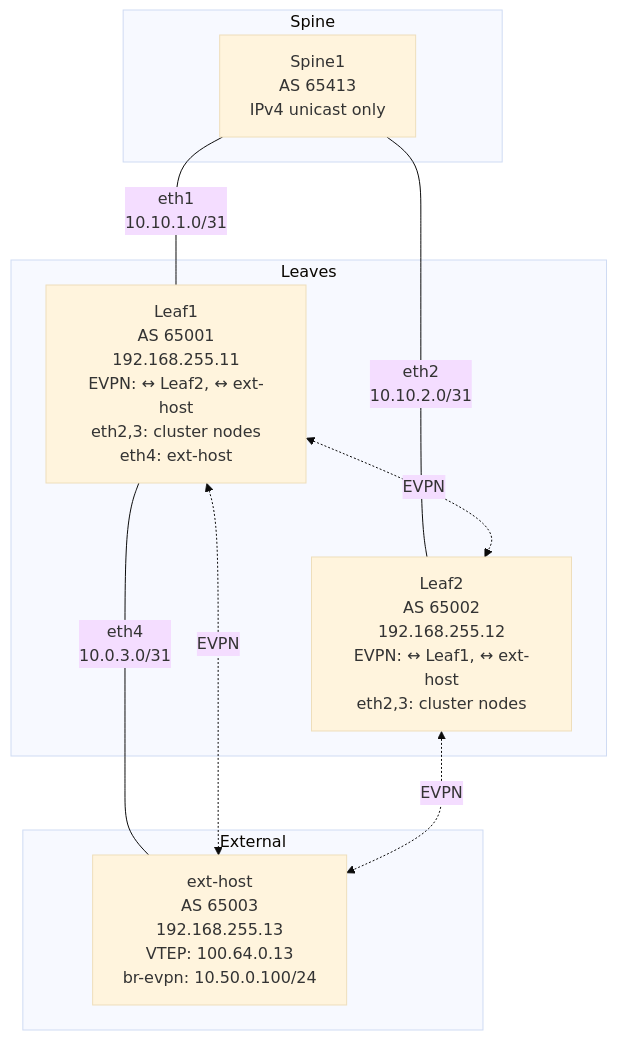
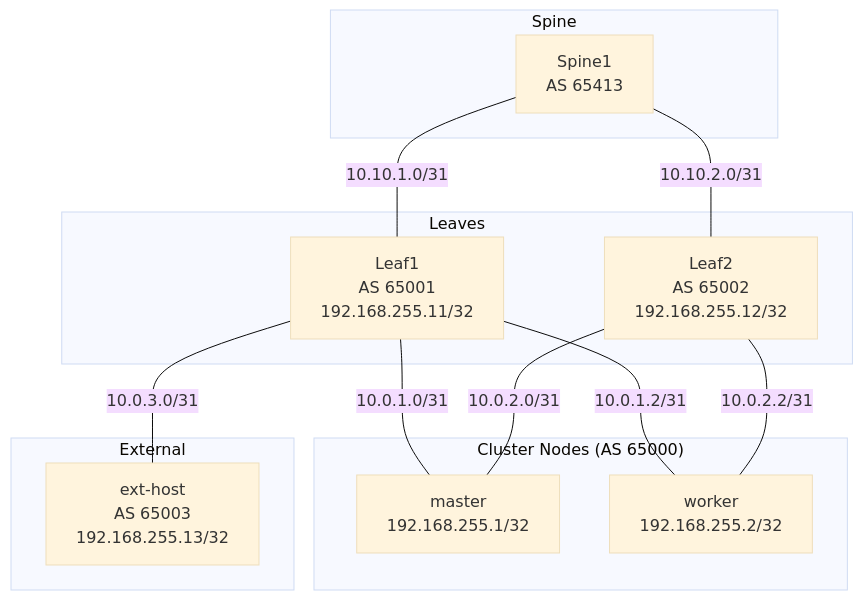
One commit to dave-tucker/hands-on-labs changed the first of 2 diagrams in docs/labs/04-bgp-evpn/index.md. Above: the diagram before and after it, drawn with Mermaid (base theme). The commit also changed other lines of this file and 3 other files, not shown here.

First line of the commit message:
Docs: Improve diagrams and fix deployment instructions

````diff
--- a/docs/labs/04-bgp-evpn/index.md
+++ b/docs/labs/04-bgp-evpn/index.md
@@ -11,22 +13,30 @@
 ```mermaid
 graph TB
     subgraph Spine
-        S1[Spine1<br/>AS 65413<br/>IPv4 unicast only]
+        S1[Spine1<br/>AS 65413]
     end
     
     subgraph Leaves
-        L1[Leaf1<br/>AS 65001<br/>192.168.255.11<br/>EVPN: ↔ Leaf2, ↔ ext-host<br/>eth2,3: cluster nodes<br/>eth4: ext-host]
-        L2[Leaf2<br/>AS 65002<br/>192.168.255.12<br/>EVPN: ↔ Leaf1, ↔ ext-host<br/>eth2,3: cluster nodes]
+        L1[Leaf1<br/>AS 65001<br/>192.168.255.11/32]
+        L2[Leaf2<br/>AS 65002<br/>192.168.255.12/32]
+    end
+    
+    subgraph Cluster["Cluster Nodes (AS 65000)"]
+        M[master<br/>192.168.255.1/32]
+        W[worker<br/>192.168.255.2/32]
     end
     
     subgraph External
-        EH[ext-host<br/>AS 65003<br/>192.168.255.13<br/>VTEP: 100.64.0.13<br/>br-evpn: 10.50.0.100/24]
+        EH[ext-host<br/>AS 65003<br/>192.168.255.13/32]
     end
     
-    S1 ---|eth1<br/>10.10.1.0/31| L1
-    S1 ---|eth2<br/>10.10.2.0/31| L2
-    L1 ---|eth4<br/>10.0.3.0/31| EH
-    L1 <-.EVPN.-> L2
-    L1 <-.EVPN.-> EH
-    L2 <-.EVPN.-> EH
+    S1 ---|10.10.1.0/31| L1
+    S1 ---|10.10.2.0/31| L2
+    
+    L1 ---|10.0.1.0/31| M
+    L1 ---|10.0.1.2/31| W
+    L1 ---|10.0.3.0/31| EH
+    
+    L2 ---|10.0.2.0/31| M
+    L2 ---|10.0.2.2/31| W
 ```
````
